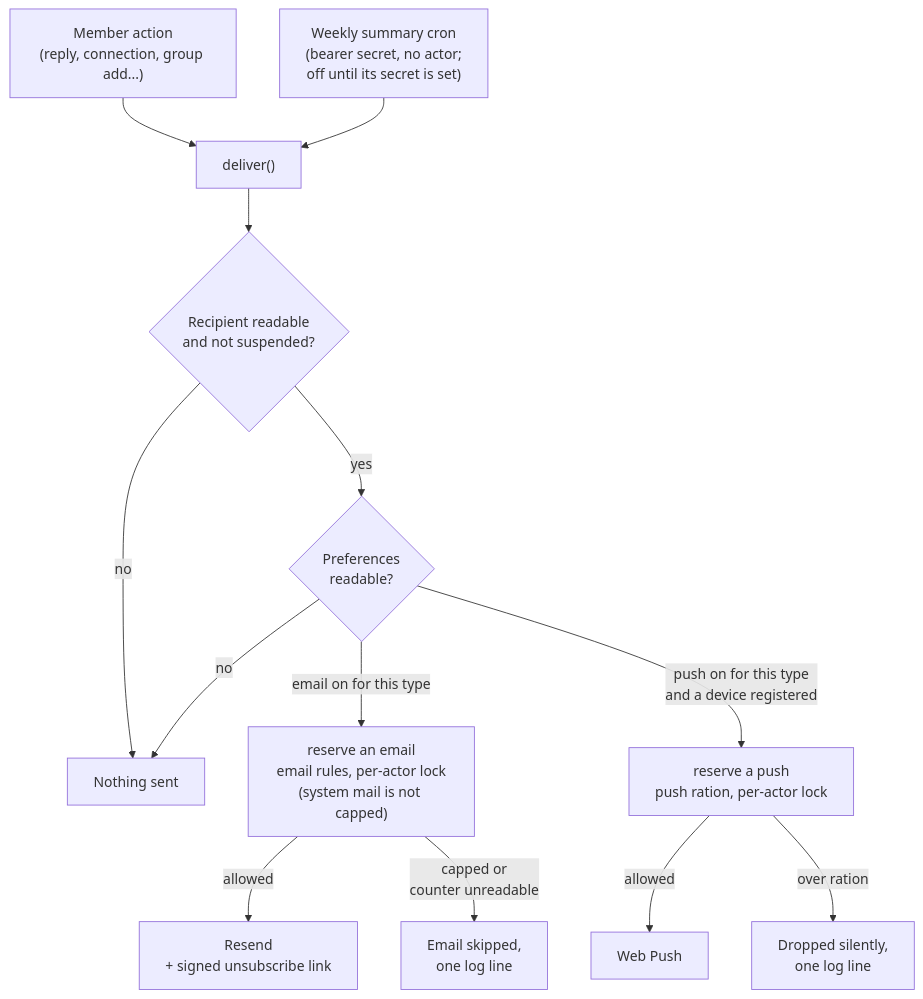
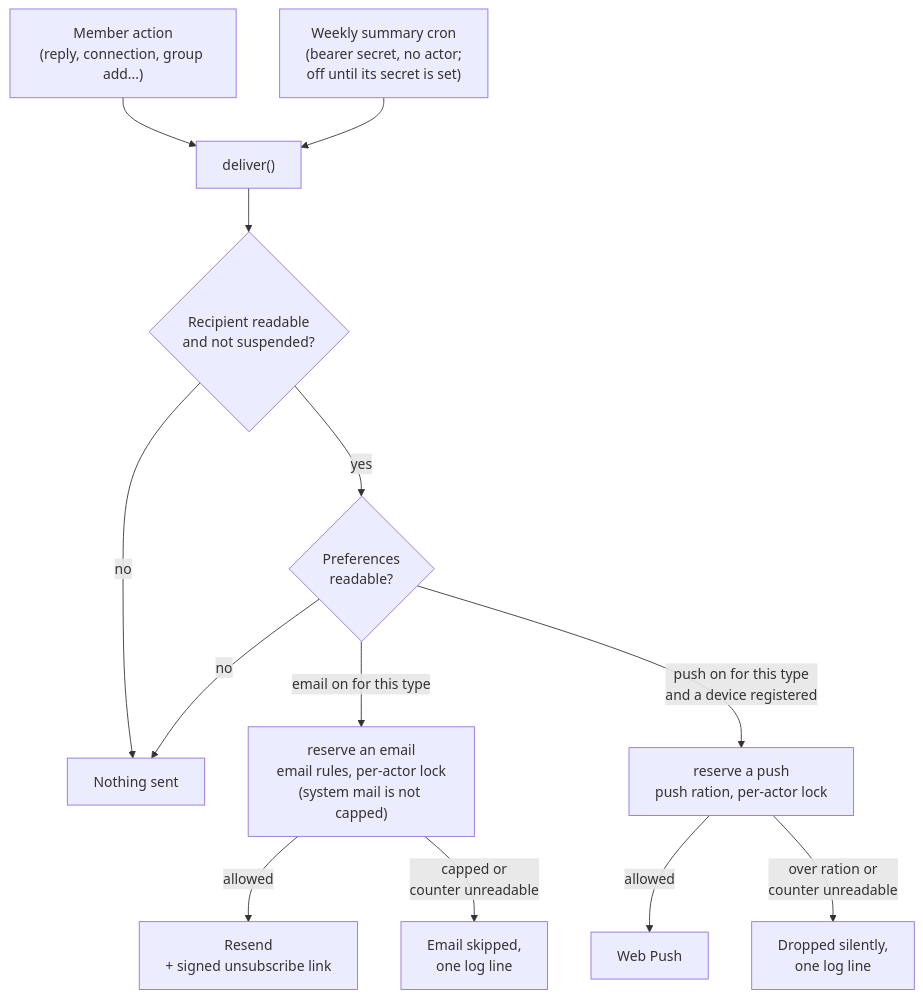
Before and after one commit to AIJSAI/on-the-lees-showcase: the fourth of 5 diagrams in docs/architecture.md, drawn with Mermaid. The commit also changed other lines of this file and 2 other files, not shown here.

````diff
--- a/docs/architecture.md
+++ b/docs/architecture.md
@@ -151,15 +151,15 @@
 ```mermaid
 flowchart TB
     ACT["Member action<br/>(reply, connection, group add...)"] --> DEL
     CRON["Weekly summary cron<br/>(bearer secret, no actor;<br/>off until its secret is set)"] --> DEL
     DEL["deliver()"] --> SUS{"Recipient readable<br/>and not suspended?"}
     SUS -->|"no"| SKIP["Nothing sent"]
     SUS -->|"yes"| PREF{"Preferences<br/>readable?"}
     PREF -->|"no"| SKIP
     PREF -->|"email on for this type"| ERES["reserve an email<br/>email rules, per-actor lock<br/>(system mail is not capped)"]
     PREF -->|"push on for this type<br/>and a device registered"| PRES["reserve a push<br/>push ration, per-actor lock"]
     ERES -->|"allowed"| MAIL["Resend<br/>+ signed unsubscribe link"]
     ERES -->|"capped or<br/>counter unreadable"| LOG["Email skipped,<br/>one log line"]
     PRES -->|"allowed"| PUSH["Web Push"]
-    PRES -->|"over ration"| DROP["Dropped silently,<br/>one log line"]
+    PRES -->|"over ration or<br/>counter unreadable"| DROP["Dropped silently,<br/>one log line"]
 ```
````
